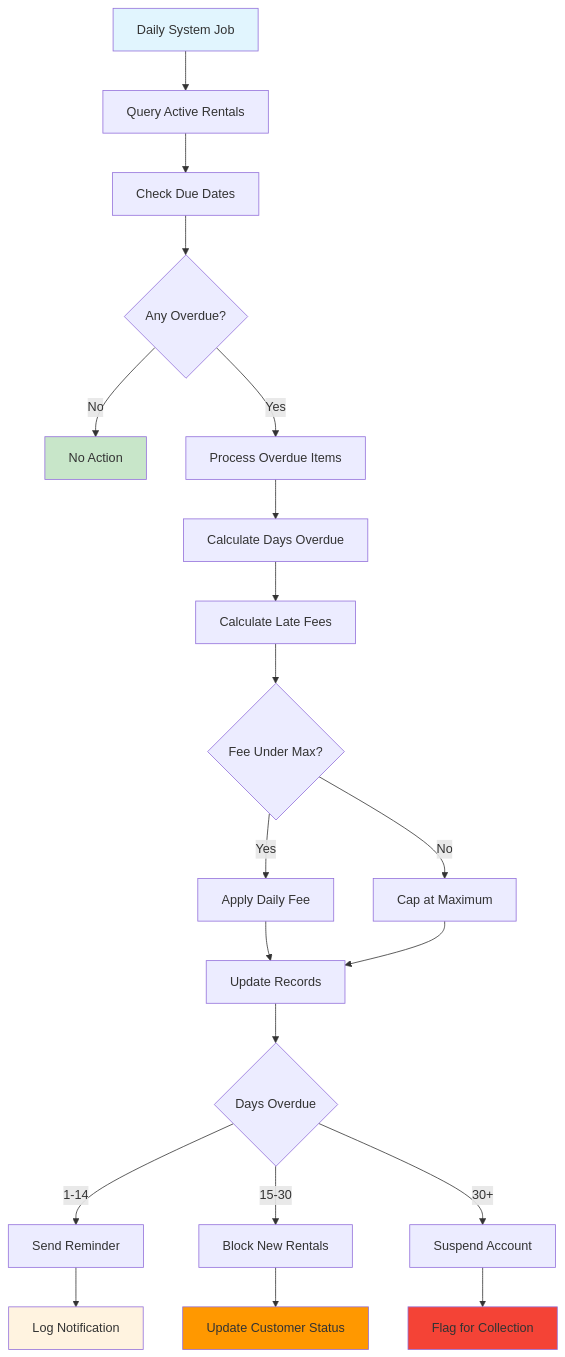
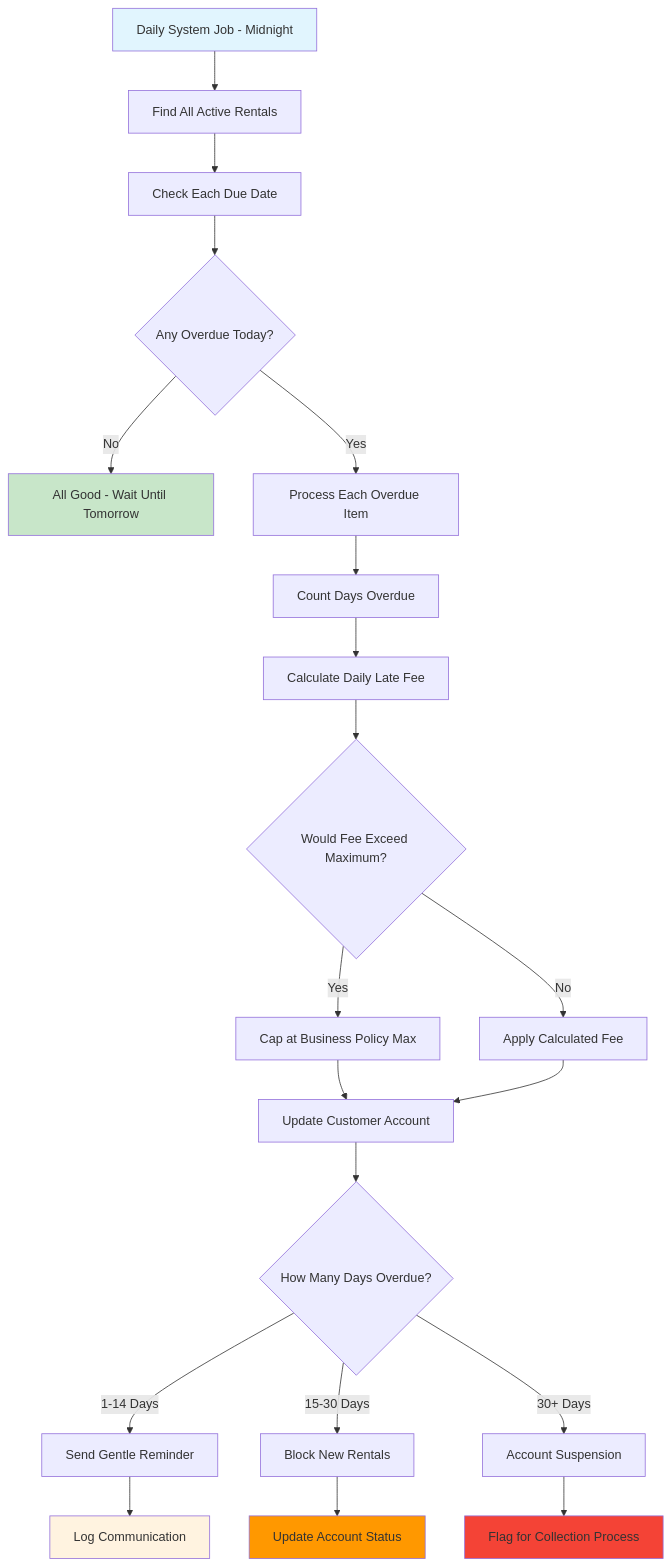
One commit to tiberius-s/video-rental-demo changed the diagram in diagrams/workflows/05-overdue-management-workflow.md. Above: the diagram before and after it, drawn with Mermaid. The commit also changed other lines of this file and 21 other files, not shown here.

````diff
--- a/diagrams/workflows/05-overdue-management-workflow.md
+++ b/diagrams/workflows/05-overdue-management-workflow.md
@@ -18,33 +36,33 @@
 ```mermaid
 flowchart TD
-    A[Daily System Job] --> B[Query Active Rentals]
-    B --> C[Check Due Dates]
-    C --> D{Any Overdue?}
-    D -->|No| E[No Action]
-    D -->|Yes| F[Process Overdue Items]
+    A[Daily System Job - Midnight] --> B[Find All Active Rentals]
+    B --> C[Check Each Due Date]
+    C --> D{Any Overdue Today?}
+    D -->|No| E[All Good - Wait Until Tomorrow]
+    D -->|Yes| F[Process Each Overdue Item]
 
-    %% Overdue Processing
-    F --> G[Calculate Days Overdue]
-    G --> H[Calculate Late Fees]
-    H --> I{Fee Under Max?}
-    I -->|Yes| J[Apply Daily Fee]
-    I -->|No| K[Cap at Maximum]
-    J --> L[Update Records]
+    %% Business Rule Processing
+    F --> G[Count Days Overdue]
+    G --> H[Calculate Daily Late Fee]
+    H --> I{Would Fee Exceed Maximum?}
+    I -->|Yes| J[Cap at Business Policy Max]
+    I -->|No| K[Apply Calculated Fee]
+    J --> L[Update Customer Account]
     K --> L
 
-    %% Customer Status
-    L --> M{Days Overdue}
-    M -->|1-14| N[Send Reminder]
-    M -->|15-30| O[Block New Rentals]
-    M -->|30+| P[Suspend Account]
+    %% Customer Impact Assessment
+    L --> M{How Many Days Overdue?}
+    M -->|1-14 Days| N[Send Gentle Reminder]
+    M -->|15-30 Days| O[Block New Rentals]
+    M -->|30+ Days| P[Account Suspension]
 
-    N --> Q[Log Notification]
-    O --> R[Update Customer Status]
-    P --> S[Flag for Collection]
+    N --> Q[Log Communication]
+    O --> R[Update Account Status]
+    P --> S[Flag for Collection Process]
 
     style A fill:#e1f5fe
     style E fill:#c8e6c9
     style Q fill:#fff3e0
     style R fill:#ff9800
     style S fill:#f44336
 ```
````
